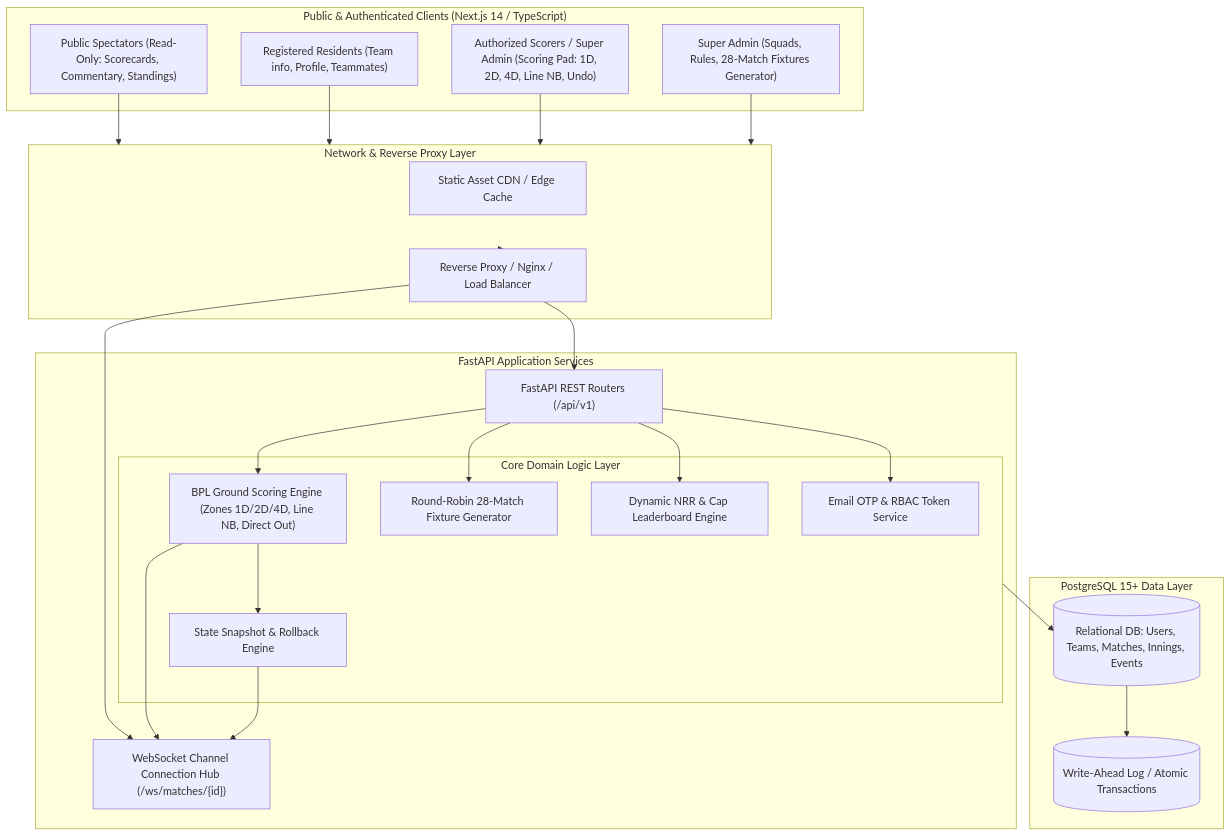
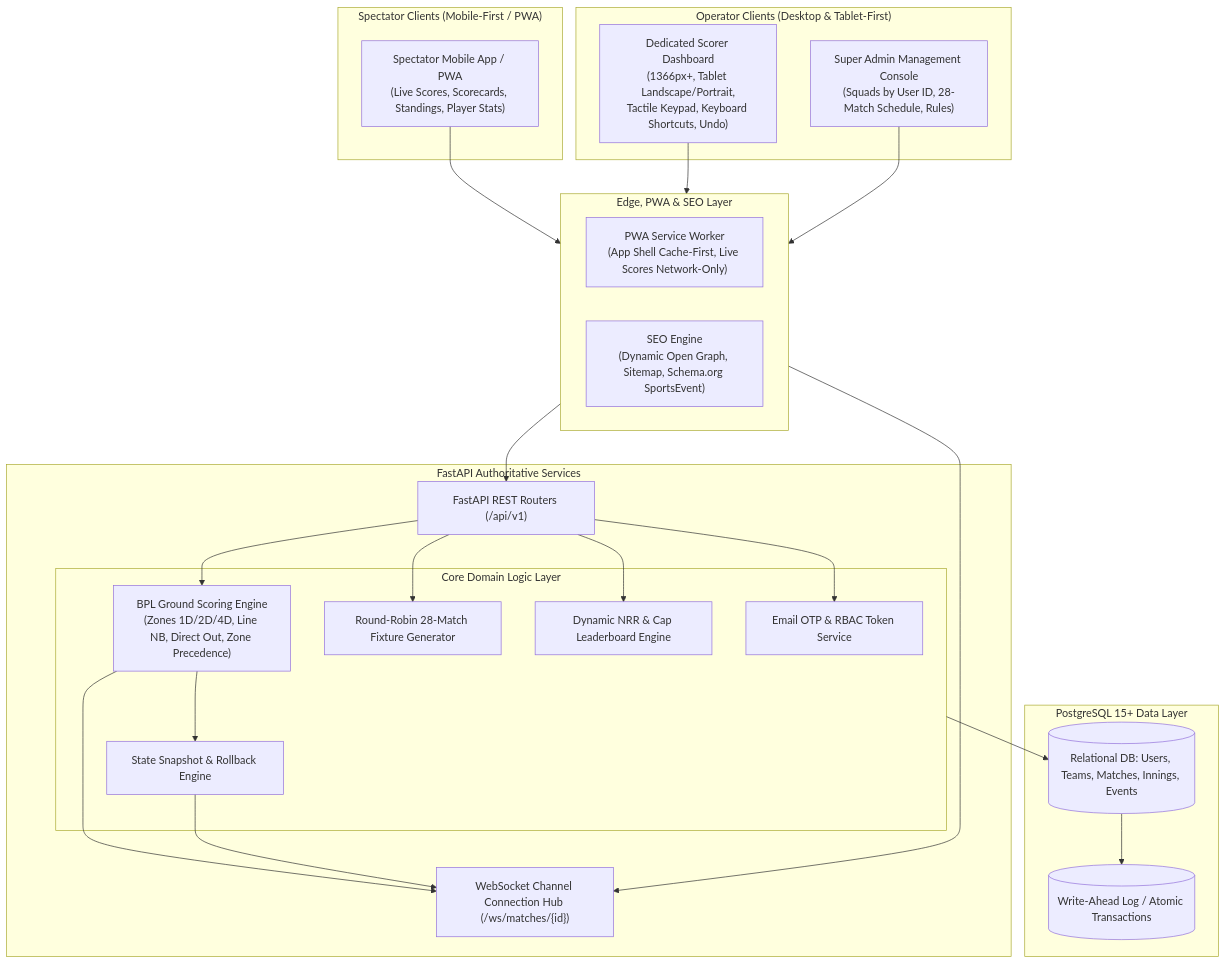
Before and after one commit to Yajat-Sharma/BPL: the diagram in docs/ARCHITECTURE.md, drawn with Mermaid. The commit also changed other lines of this file and 4 other files, not shown here.

Commit message:
docs: finalize device strategy update (mobile-first spectator PWA, desktop/tablet scorer console with keyboard shortcuts, admin portal, and SEO)

````diff
--- a/docs/ARCHITECTURE.md
+++ b/docs/ARCHITECTURE.md
@@ -24,53 +27,53 @@
 ```mermaid
 flowchart TD
-    subgraph Clients ["Public & Authenticated Clients (Next.js 14 / TypeScript)"]
-        PublicWeb["Public Spectators (Read-Only: Scorecards, Commentary, Standings)"]
-        MemberPortal["Registered Residents (Team info, Profile, Teammates)"]
-        ScorerConsole["Authorized Scorers / Super Admin (Scoring Pad: 1D, 2D, 4D, Line NB, Undo)"]
-        AdminDashboard["Super Admin (Squads, Rules, 28-Match Fixtures Generator)"]
+    subgraph SpectatorClients ["Spectator Clients (Mobile-First / PWA)"]
+        MobilePWA["Spectator Mobile App / PWA<br/>(Live Scores, Scorecards, Standings, Player Stats)"]
     end
 
-    subgraph Edge ["Network & Reverse Proxy Layer"]
-        CDN["Static Asset CDN / Edge Cache"]
-        API_Gateway["Reverse Proxy / Nginx / Load Balancer"]
+    subgraph OperatorClients ["Operator Clients (Desktop & Tablet-First)"]
+        ScorerConsole["Dedicated Scorer Dashboard<br/>(1366px+, Tablet Landscape/Portrait,<br/>Tactile Keypad, Keyboard Shortcuts, Undo)"]
+        AdminDashboard["Super Admin Management Console<br/>(Squads by User ID, 28-Match Schedule, Rules)"]
     end
 
-    subgraph BackendApp ["FastAPI Application Services"]
+    subgraph EdgeLayer ["Edge, PWA & SEO Layer"]
+        PWA_Worker["PWA Service Worker<br/>(App Shell Cache-First, Live Scores Network-Only)"]
+        SEO_Gateway["SEO Engine<br/>(Dynamic Open Graph, Sitemap, Schema.org SportsEvent)"]
+    end
+
+    subgraph BackendApp ["FastAPI Authoritative Services"]
         RouterLayer["FastAPI REST Routers (/api/v1)"]
         WSManager["WebSocket Channel Connection Hub (/ws/matches/{id})"]
         
         subgraph CoreEngines ["Core Domain Logic Layer"]
-            BPLScoringEngine["BPL Ground Scoring Engine (Zones 1D/2D/4D, Line NB, Direct Out)"]
+            BPLScoringEngine["BPL Ground Scoring Engine<br/>(Zones 1D/2D/4D, Line NB, Direct Out, Zone Precedence)"]
             RoundRobinGenerator["Round-Robin 28-Match Fixture Generator"]
             StatsEngine["Dynamic NRR & Cap Leaderboard Engine"]
             UndoService["State Snapshot & Rollback Engine"]
             AuthService["Email OTP & RBAC Token Service"]
         end
     end
 
     subgraph Persistence ["PostgreSQL 15+ Data Layer"]
         RelationalDB[(Relational DB: Users, Teams, Matches, Innings, Events)]
         WAL[(Write-Ahead Log / Atomic Transactions)]
     end
 
-    PublicWeb --> Edge
-    MemberPortal --> Edge
-    ScorerConsole --> Edge
-    AdminDashboard --> Edge
+    MobilePWA --> EdgeLayer
+    ScorerConsole --> EdgeLayer
+    AdminDashboard --> EdgeLayer
 
-    Edge --> API_Gateway
-    API_Gateway --> RouterLayer
-    API_Gateway --> WSManager
+    EdgeLayer --> RouterLayer
+    EdgeLayer --> WSManager
 
     RouterLayer --> AuthService
     RouterLayer --> RoundRobinGenerator
     RouterLayer --> BPLScoringEngine
     RouterLayer --> StatsEngine
     
     BPLScoringEngine --> UndoService
     BPLScoringEngine --> WSManager
     UndoService --> WSManager
 
     CoreEngines --> RelationalDB
     RelationalDB --> WAL
 ```
````
